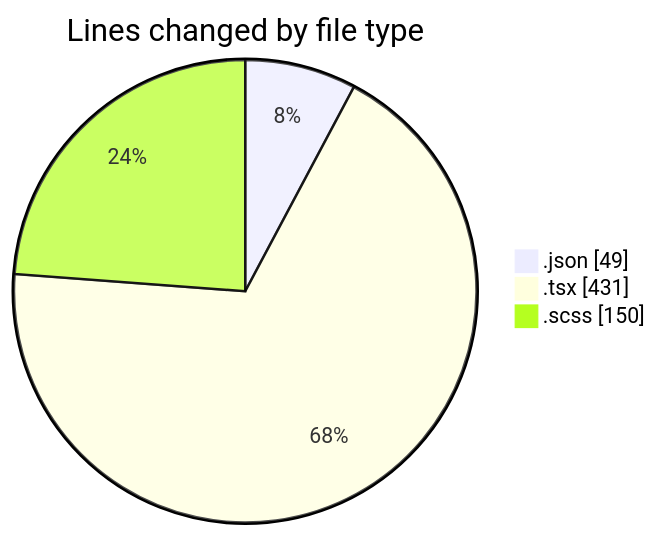
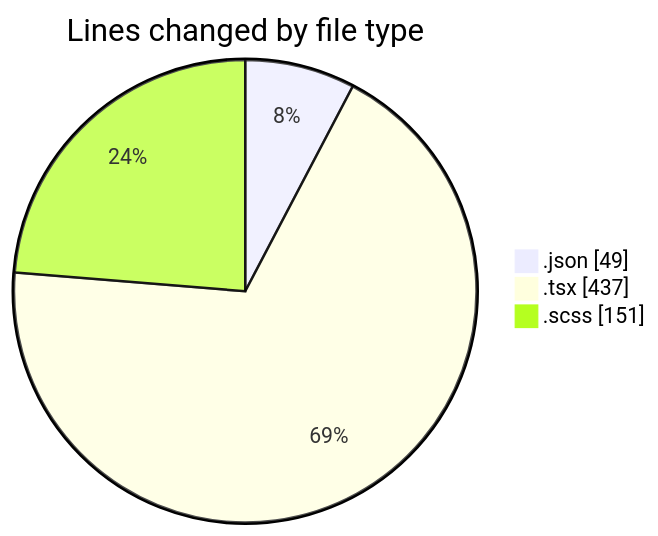
One commit to momahboobian/code-tracking changed the first of 2 diagrams in 2025-08-20/cda/README.md. Above: the diagram before and after it, drawn with Mermaid. The commit also changed other lines of this file and 1 other file, not shown here.

````diff
--- a/2025-08-20/cda/README.md
+++ b/2025-08-20/cda/README.md
@@ -23,7 +23,7 @@
 ```mermaid
 pie showData
 title Lines changed by file type
 ".json" : 49
-".tsx" : 431
-".scss" : 150
+".tsx" : 437
+".scss" : 151
 ```
````
